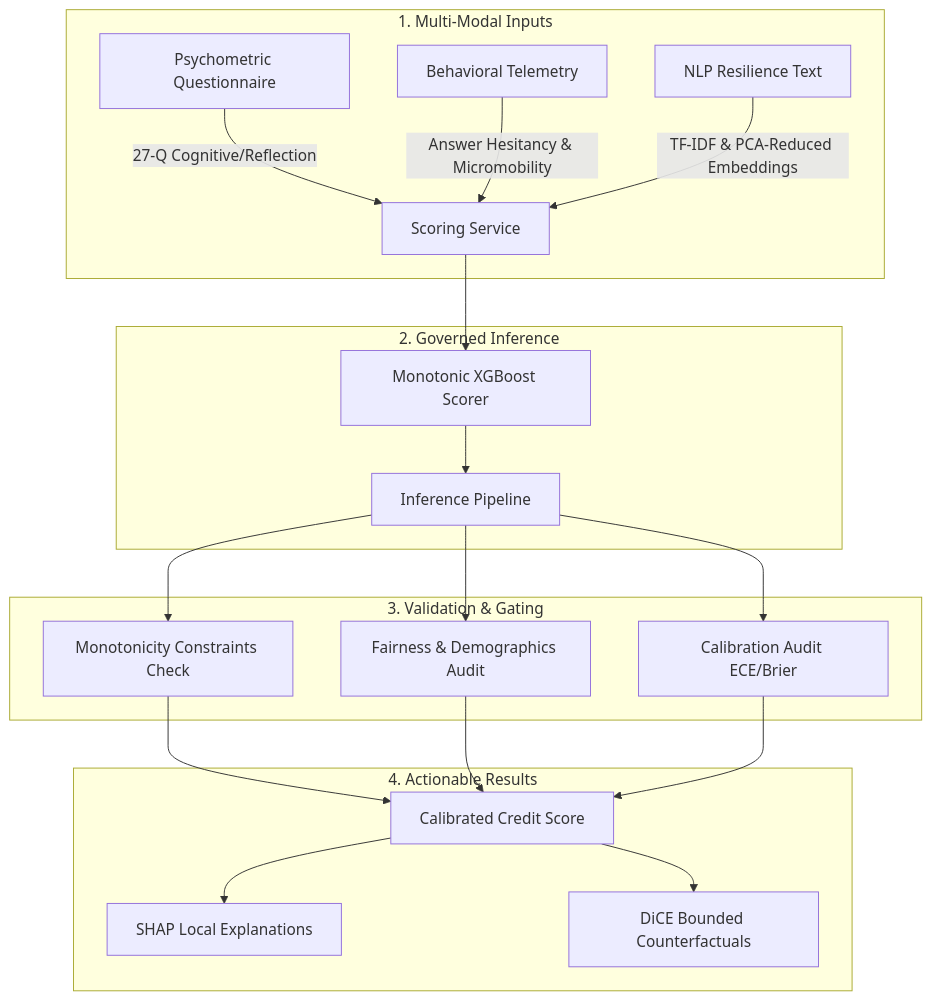
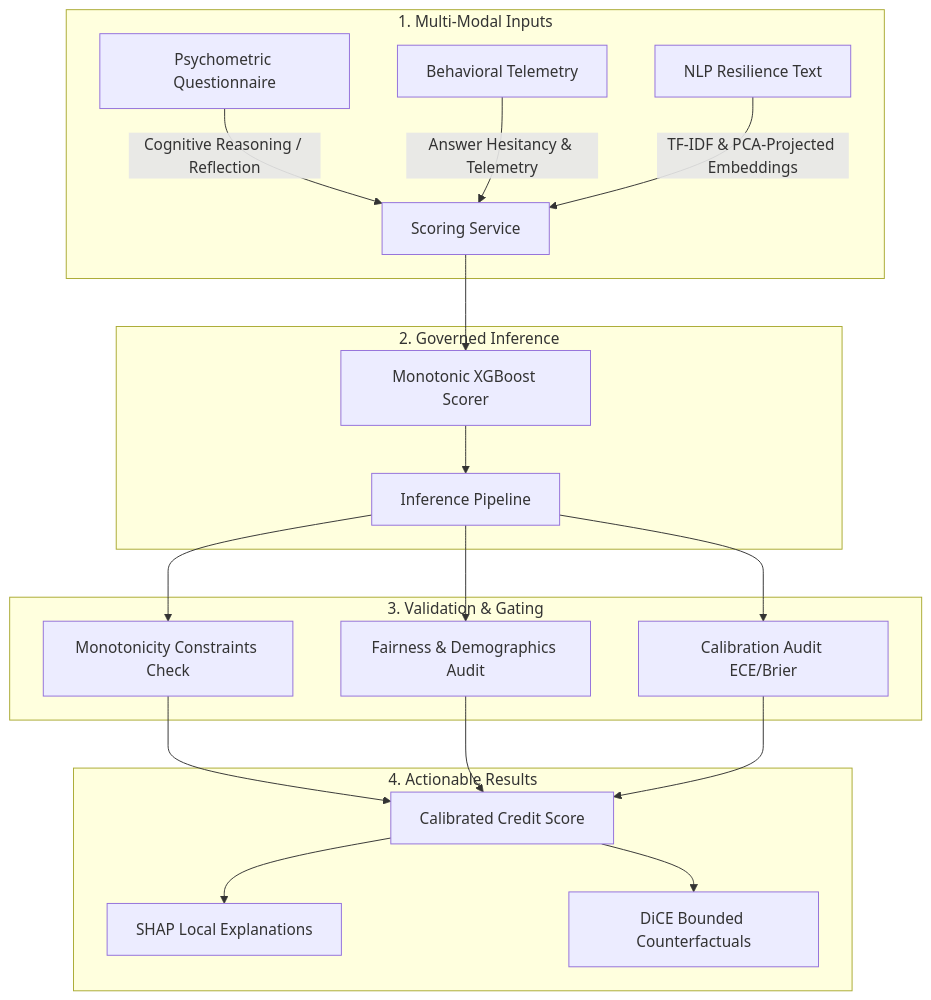
Before and after one commit to kaustubh-dot/AlterScore: the diagram in README.md, drawn with Mermaid. The commit also changed other lines of this file and 82 other files, not shown here.

````diff
--- a/README.md
+++ b/README.md
@@ -51,25 +51,25 @@
 ```mermaid
 graph TD
     subgraph Ingestion ["1. Multi-Modal Inputs"]
-        A[Psychometric Questionnaire] -->|27-Q Cognitive/Reflection| D[Scoring Service]
-        B[Behavioral Telemetry] -->|Answer Hesitancy & Micromobility| D
-        C[NLP Resilience Text] -->|TF-IDF & PCA-Reduced Embeddings| D
+        A[Psychometric Questionnaire] -->|Cognitive Reasoning / Reflection| D[Scoring Service]
+        B[Behavioral Telemetry] -->|Answer Hesitancy & Telemetry| D
+        C[NLP Resilience Text] -->|TF-IDF & PCA-Projected Embeddings| D
     end
 
     subgraph Scoring ["2. Governed Inference"]
         D --> E[Monotonic XGBoost Scorer]
         E --> F[Inference Pipeline]
     end
 
     subgraph Governance ["3. Validation & Gating"]
         F --> G[Monotonicity Constraints Check]
         F --> H[Fairness & Demographics Audit]
         F --> I[Calibration Audit ECE/Brier]
     end
 
     subgraph Output ["4. Actionable Results"]
         G & H & I --> J[Calibrated Credit Score]
         J --> K[SHAP Local Explanations]
         J --> L[DiCE Bounded Counterfactuals]
     end
 ```
````
